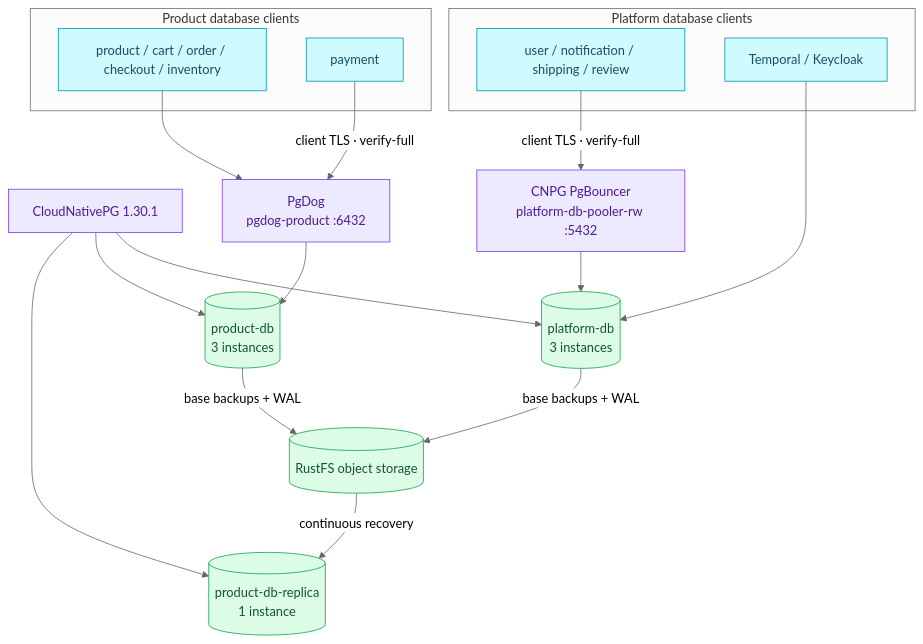
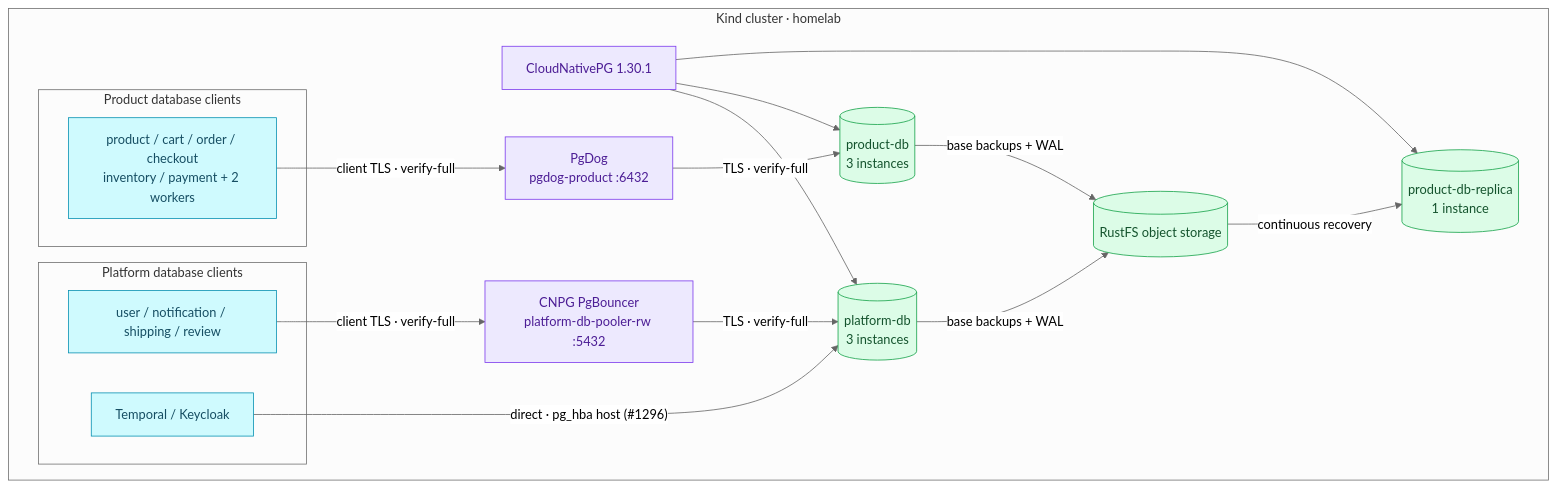
The diagram in docs/databases/architecture.md (duynhlab/homelab), drawn with Mermaid (neutral theme) before and after one commit. The commit also changed other lines of this file and 92 other files, not shown here.

First line of the commit message:
Finalise ADR-089 and refresh database diagrams (#1337)

````diff
--- a/docs/databases/architecture.md
+++ b/docs/databases/architecture.md
@@ -24,39 +24,39 @@
 ```mermaid
 flowchart TB
-    CNPG["CloudNativePG 1.30.1"]
+    subgraph Kind["Kind cluster · homelab"]
+        CNPG["CloudNativePG 1.30.1"]
 
-    subgraph PlatformClients["Platform database clients"]
-        PlatformApps["user / notification / shipping / review"]
-        DirectPlatform["Temporal / Keycloak"]
+        subgraph PlatformClients["Platform database clients"]
+            PlatformApps["user / notification / shipping / review"]
+            DirectPlatform["Temporal / Keycloak"]
+        end
+
+        subgraph ProductClients["Product database clients"]
+            ProductApps["product / cart / order / checkout<br/>inventory / payment + 2 workers"]
+        end
+
+        PgBouncer["CNPG PgBouncer<br/>platform-db-pooler-rw :5432"]
+        PgDog["PgDog<br/>pgdog-product :6432"]
+        Platform[("platform-db<br/>3 instances")]
+        Product[("product-db<br/>3 instances")]
+        DR[("product-db-replica<br/>1 instance")]
+        Store[("RustFS object storage")]
     end
-
-    subgraph ProductClients["Product database clients"]
-        ProductApps["product / cart / order / checkout / inventory"]
-        Payment["payment"]
-    end
-
-    PgBouncer["CNPG PgBouncer<br/>platform-db-pooler-rw :5432"]
-    PgDog["PgDog<br/>pgdog-product :6432"]
-    Platform[("platform-db<br/>3 instances")]
-    Product[("product-db<br/>3 instances")]
-    DR[("product-db-replica<br/>1 instance")]
-    Store[("RustFS object storage")]
 
     CNPG --> Platform
     CNPG --> Product
     CNPG --> DR
-    PlatformApps -->|"client TLS · verify-full"| PgBouncer --> Platform
-    DirectPlatform --> Platform
-    ProductApps --> PgDog --> Product
-    Payment -->|"client TLS · verify-full"| PgDog
+    PlatformApps -->|"client TLS · verify-full"| PgBouncer -->|"TLS · verify-full"| Platform
+    DirectPlatform -->|"direct · pg_hba host (#1296)"| Platform
+    ProductApps -->|"client TLS · verify-full"| PgDog -->|"TLS · verify-full"| Product
     Platform -->|"base backups + WAL"| Store
     Product -->|"base backups + WAL"| Store
     Store -->|"continuous recovery"| DR
 
     classDef service fill:#cffafe,color:#164e63,stroke:#0891b2;
     classDef platform fill:#ede9fe,color:#4c1d95,stroke:#7c3aed;
     classDef data fill:#dcfce7,color:#14532d,stroke:#16a34a;
     class CNPG,PgBouncer,PgDog platform;
-    class PlatformApps,DirectPlatform,ProductApps,Payment service;
+    class PlatformApps,DirectPlatform,ProductApps service;
     class Platform,Product,DR,Store data;
 ```
````
